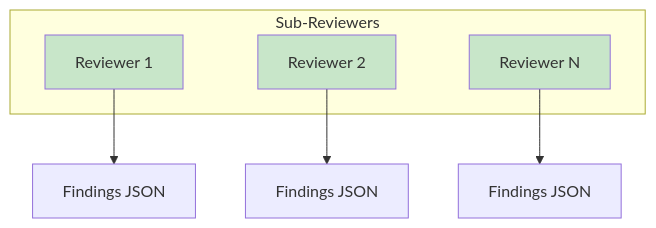
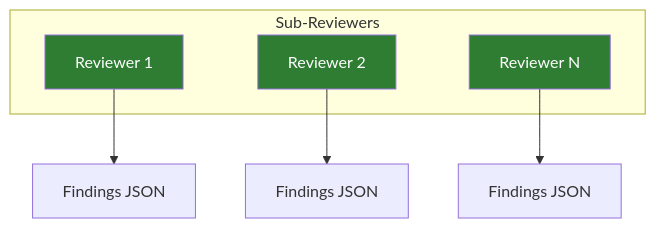
The fifth of 6 diagrams in docs/concepts/map-reduce-workflows.md (rp1-run/rp1), drawn with Mermaid before and after one commit. The commit also changed other lines of this file and 17 other files, not shown here.

````diff
--- a/docs/concepts/map-reduce-workflows.md
+++ b/docs/concepts/map-reduce-workflows.md
@@ -155,16 +155,16 @@
 ```mermaid
 flowchart TB
     subgraph "Sub-Reviewers"
         R1[Reviewer 1]
         R2[Reviewer 2]
         R3[Reviewer N]
     end
 
     R1 --> F1[Findings JSON]
     R2 --> F2[Findings JSON]
     R3 --> F3[Findings JSON]
 
-    style R1 fill:#c8e6c9
-    style R2 fill:#c8e6c9
-    style R3 fill:#c8e6c9
+    style R1 fill:#2e7d32,color:#fff
+    style R2 fill:#2e7d32,color:#fff
+    style R3 fill:#2e7d32,color:#fff
 ```
````
